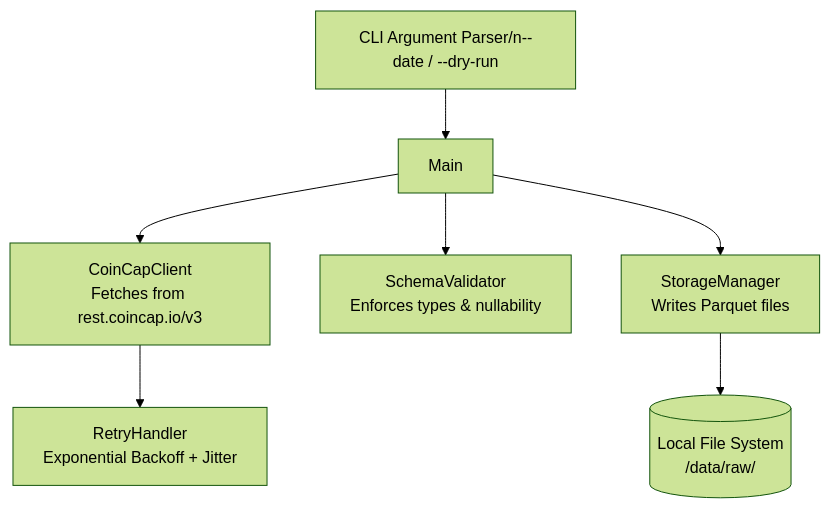
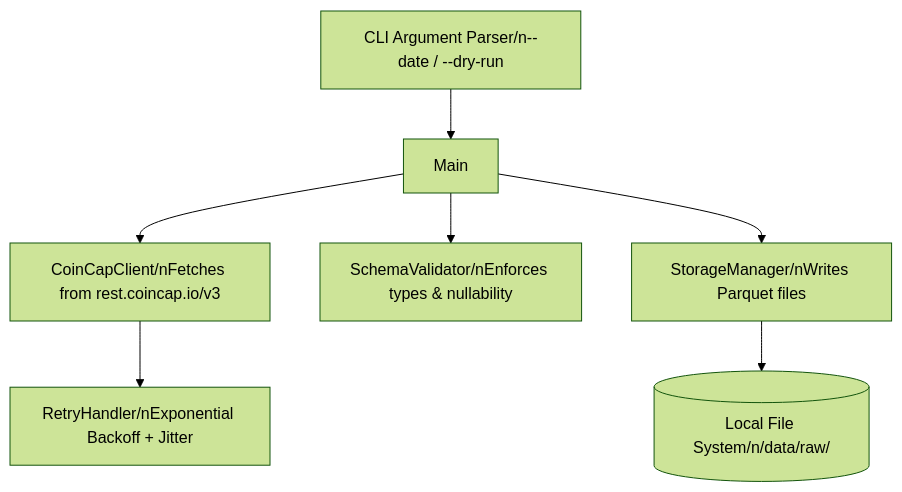
The diagram in README_phase1.md (asitm55/Crypto-Market-Data-Pipeline), drawn with Mermaid (forest theme) before and after one commit.

Commit message:
Fix formatting in README_phase1.md flowchart

````diff
--- a/README_phase1.md
+++ b/README_phase1.md
@@ -9,13 +9,13 @@
 ```mermaid
 flowchart TD
     CLI[CLI Argument Parser/n--date / --dry-run] --> Main
     
-    Main --> Client[CoinCapClient\nFetches from rest.coincap.io/v3]
-    Client --> Retry[RetryHandler\nExponential Backoff + Jitter]
+    Main --> Client[CoinCapClient/nFetches from rest.coincap.io/v3]
+    Client --> Retry[RetryHandler/nExponential Backoff + Jitter]
     
-    Main --> Val[SchemaValidator\nEnforces types & nullability]
+    Main --> Val[SchemaValidator/nEnforces types & nullability]
     
-    Main --> Storage[StorageManager\nWrites Parquet files]
+    Main --> Storage[StorageManager/nWrites Parquet files]
     
-    Storage --> Disk[(Local File System\n/data/raw/)]
+    Storage --> Disk[(Local File System/n/data/raw/)]
 ```
````
